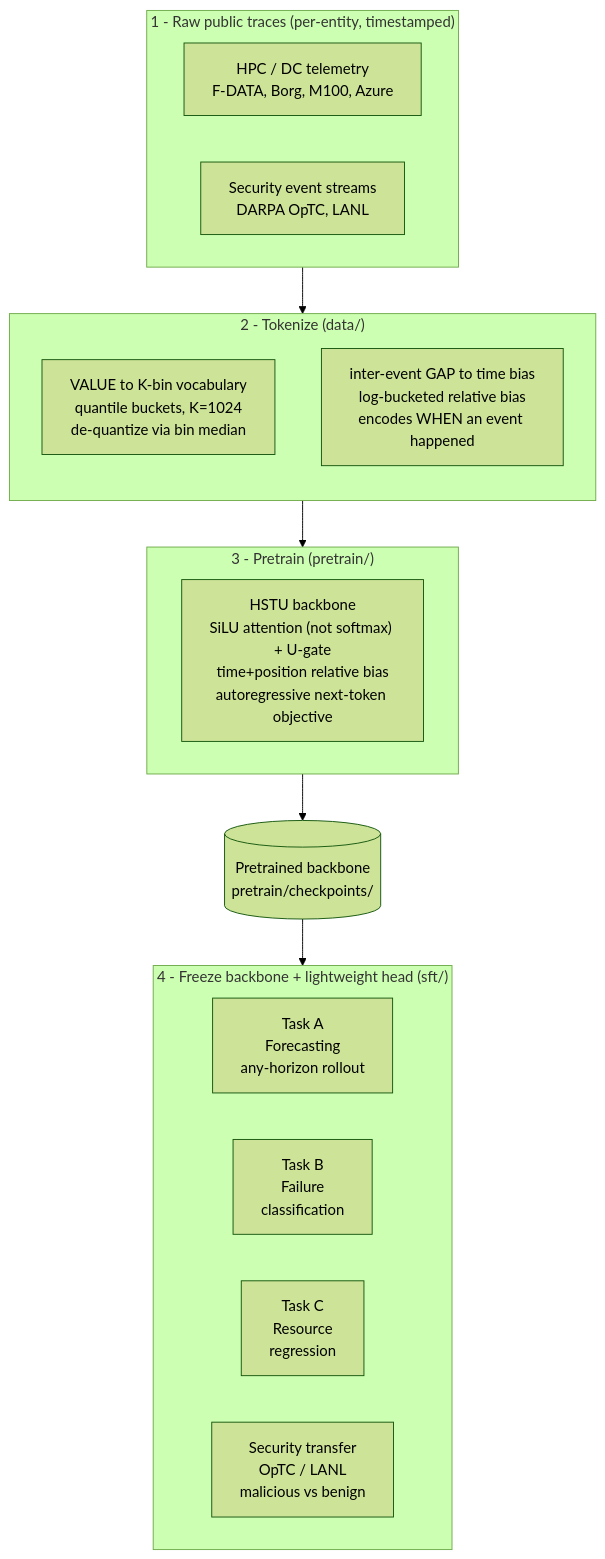
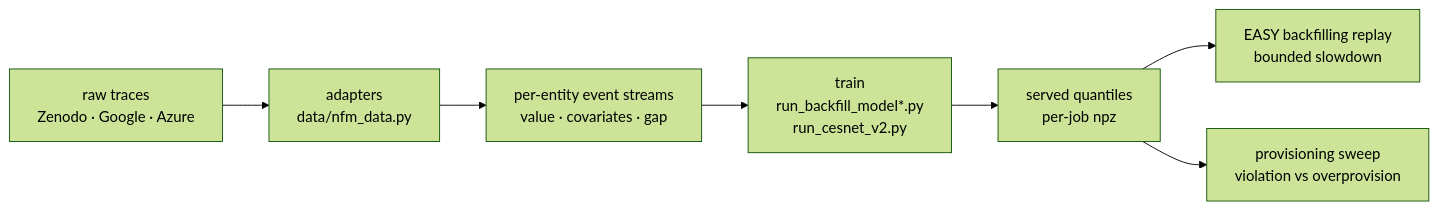
Before and after one commit to ZzZTripleZzZ/all-in-one: the diagram in README.md, drawn with Mermaid (forest theme). The commit also changed other lines of this file and 21 other files, not shown here.

````diff
--- a/README.md
+++ b/README.md
@@ -33,30 +219,9 @@
 ```mermaid
-flowchart TB
-    subgraph SRC["1 - Raw public traces (per-entity, timestamped)"]
-        direction LR
-        H["HPC / DC telemetry<br/>F-DATA, Borg, M100, Azure"]
-        S["Security event streams<br/>DARPA OpTC, LANL"]
-    end
-
-    subgraph TOK["2 - Tokenize  (data/)"]
-        direction TB
-        V["VALUE to K-bin vocabulary<br/>quantile buckets, K=1024<br/>de-quantize via bin median"]
-        T["inter-event GAP to time bias<br/>log-bucketed relative bias<br/>encodes WHEN an event happened"]
-    end
-
-    subgraph PRE["3 - Pretrain  (pretrain/)"]
-        BB["HSTU backbone<br/>SiLU attention (not softmax) + U-gate<br/>time+position relative bias<br/>autoregressive next-token objective"]
-    end
-
-    CKPT[("Pretrained backbone<br/>pretrain/checkpoints/")]
-
-    subgraph FT["4 - Freeze backbone + lightweight head  (sft/)"]
-        direction LR
-        A["Task A<br/>Forecasting<br/>any-horizon rollout"]
-        B["Task B<br/>Failure<br/>classification"]
-        C["Task C<br/>Resource<br/>regression"]
-        SEC["Security transfer<br/>OpTC / LANL<br/>malicious vs benign"]
-    end
-
-    SRC --> TOK --> PRE --> CKPT --> FT
+flowchart LR
+  A["raw traces<br/>Zenodo · Google · Azure"] --> B["adapters<br/>data/nfm_data.py"]
+  B --> C["per-entity event streams<br/>value · covariates · gap"]
+  C --> D["train<br/>run_backfill_model*.py<br/>run_cesnet_v2.py"]
+  D --> E["served quantiles<br/>per-job npz"]
+  E --> F["EASY backfilling replay<br/>bounded slowdown"]
+  E --> G["provisioning sweep<br/>violation vs overprovision"]
 ```
````
